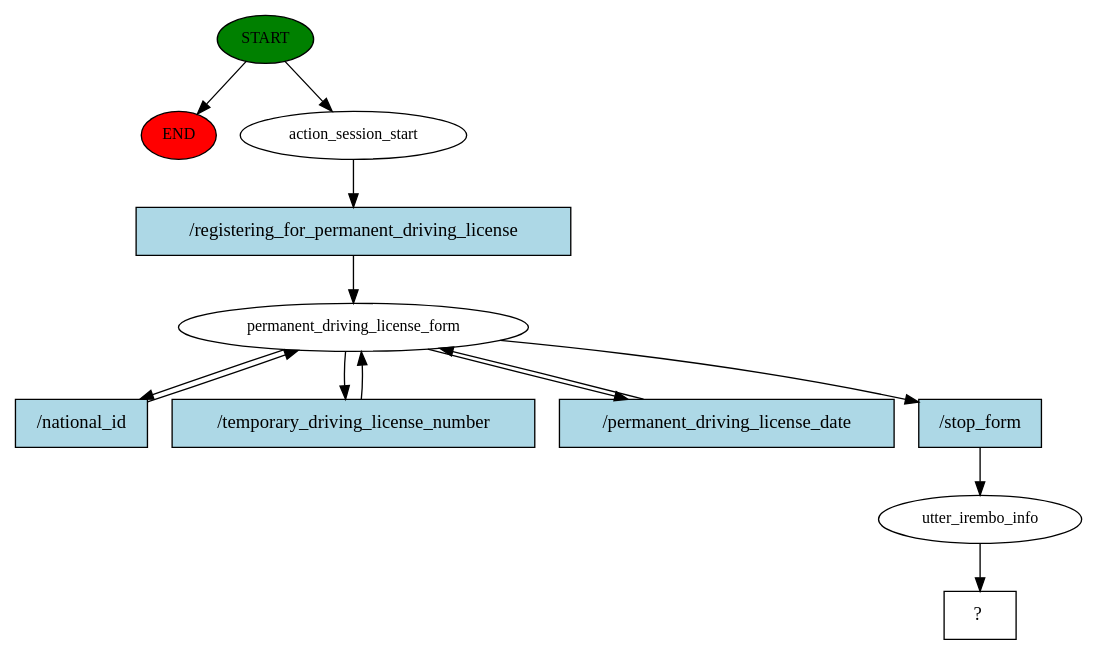
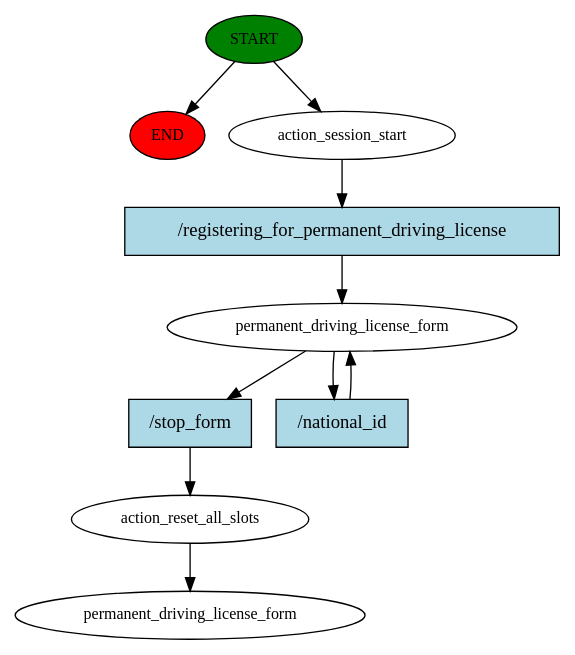
One commit to Kira-Floris/bakame-chatbot changed the diagram in story_graph.dot. Above: the diagram before and after it, drawn with Graphviz. The commit also changed 6 other files, not shown here.

```diff
--- a/story_graph.dot
+++ b/story_graph.dot
@@ -1,26 +1,20 @@
 digraph  {
 0 [class="start active", fillcolor=green, fontsize=12, label=START, style=filled];
 "-1" [class=end, fillcolor=red, fontsize=12, label=END, style=filled];
 1 [class=active, fontsize=12, label=action_session_start];
 2 [class=active, fontsize=12, label=permanent_driving_license_form];
-6 [class=active, fontsize=12, label=utter_irembo_info];
-7 [class="intent dashed active", label="  ?  ", shape=rect];
-8 [class="intent active", fillcolor=lightblue, label="/registering_for_permanent_driving_license", shape=rect, style=filled];
-9 [class="intent active", fillcolor=lightblue, label="/national_id", shape=rect, style=filled];
-10 [class="intent active", fillcolor=lightblue, label="/temporary_driving_license_number", shape=rect, style=filled];
-11 [class="intent active", fillcolor=lightblue, label="/permanent_driving_license_date", shape=rect, style=filled];
-12 [class="intent active", fillcolor=lightblue, label="/stop_form", shape=rect, style=filled];
+4 [class=active, fontsize=12, label=action_reset_all_slots];
+5 [class="dashed active", fontsize=12, label=permanent_driving_license_form];
+6 [class="intent active", fillcolor=lightblue, label="/registering_for_permanent_driving_license", shape=rect, style=filled];
+7 [class="intent active", fillcolor=lightblue, label="/stop_form", shape=rect, style=filled];
+8 [class="intent active", fillcolor=lightblue, label="/national_id", shape=rect, style=filled];
 0 -> "-1"  [class="", key=NONE, label=""];
 0 -> 1  [class=active, key=NONE, label=""];
-1 -> 8  [class=active, key=0];
-2 -> 9  [class=active, key=0];
-2 -> 10  [class=active, key=0];
-2 -> 11  [class=active, key=0];
-2 -> 12  [class=active, key=0];
-6 -> 7  [class=active, key=NONE, label=""];
+1 -> 6  [class=active, key=0];
+2 -> 7  [class=active, key=0];
+2 -> 8  [class=active, key=0];
+4 -> 5  [class=active, key=NONE, label=""];
+6 -> 2  [class=active, key=0];
+7 -> 4  [class=active, key=0];
 8 -> 2  [class=active, key=0];
-9 -> 2  [class=active, key=0];
-10 -> 2  [class=active, key=0];
-11 -> 2  [class=active, key=0];
-12 -> 6  [class=active, key=0];
 }
```
